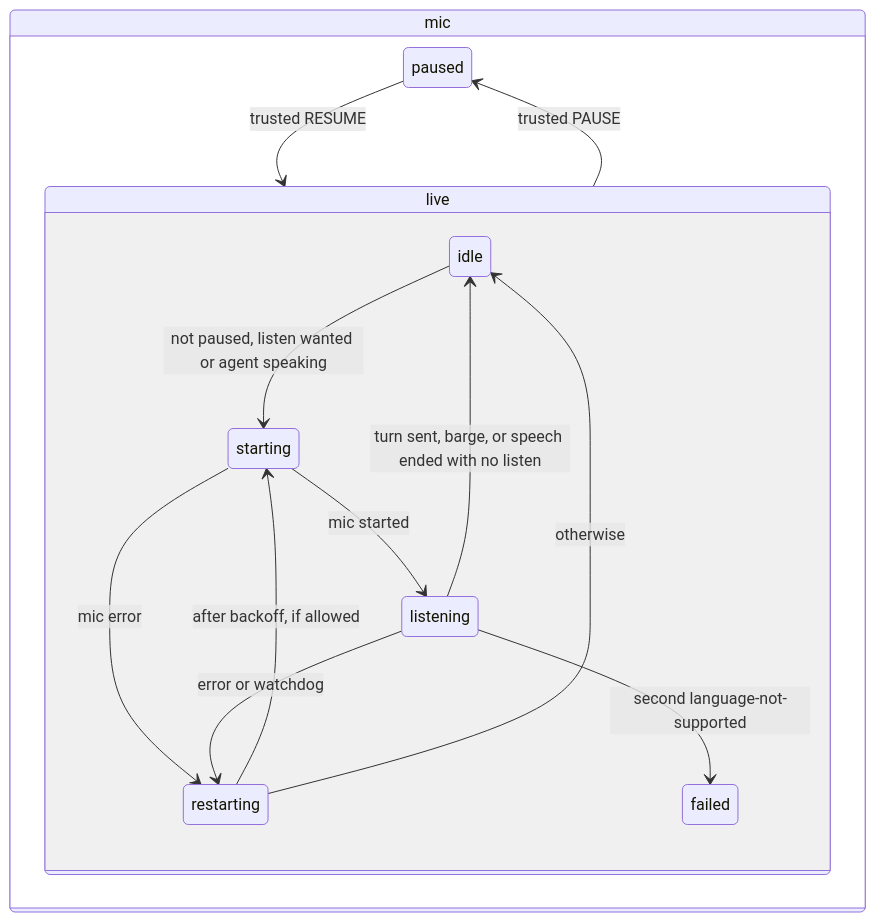
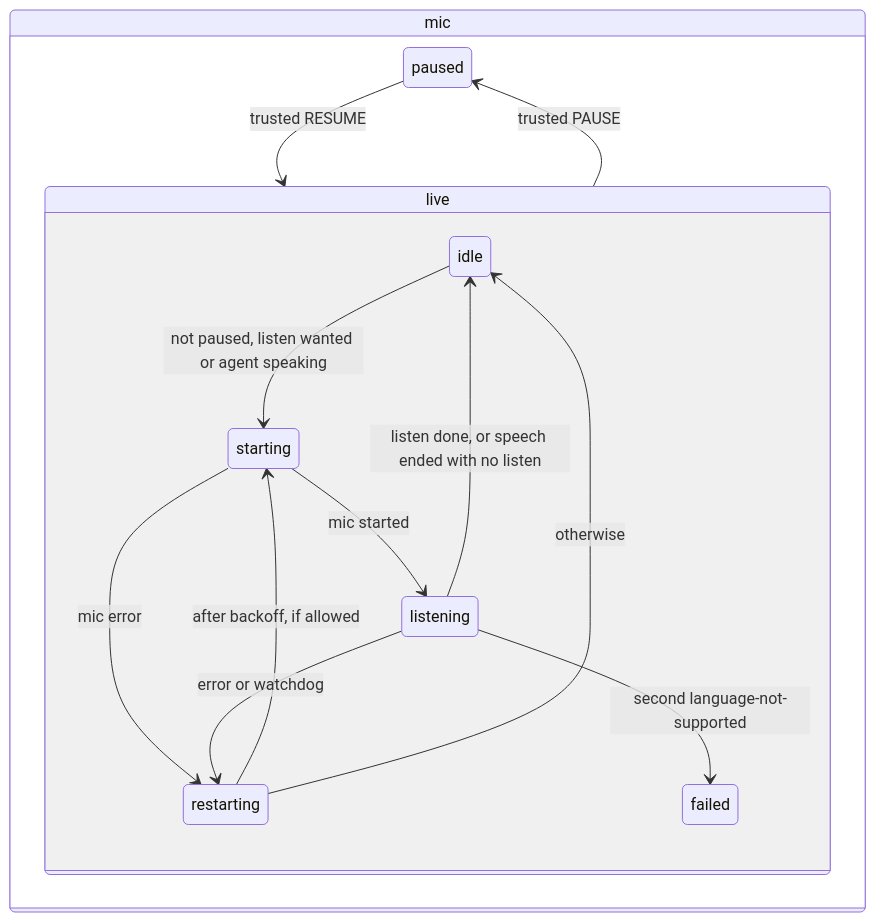
The diagram in specs/005-page-machine-and-mute/spec.md (markkennethbadilla/stts), drawn with Mermaid before and after one commit. The commit also changed other lines of this file and 13 other files, not shown here.

First line of the commit message:
Never drop his speech: barge carries held words, mic stays on, no overlapping speech

````diff
--- a/specs/005-page-machine-and-mute/spec.md
+++ b/specs/005-page-machine-and-mute/spec.md
@@ -23,17 +23,17 @@
 ```mermaid
 stateDiagram-v2
   state mic {
     paused --> live: trusted RESUME
     live --> paused: trusted PAUSE
     state live {
       idle --> starting: not paused, listen wanted or agent speaking
       starting --> listening: mic started
       starting --> restarting: mic error
       listening --> restarting: error or watchdog
-      listening --> idle: turn sent, barge, or speech ended with no listen
+      listening --> idle: listen done, or speech ended with no listen
       restarting --> starting: after backoff, if allowed
       restarting --> idle: otherwise
       listening --> failed: second language-not-supported
     }
   }
 ```
````
